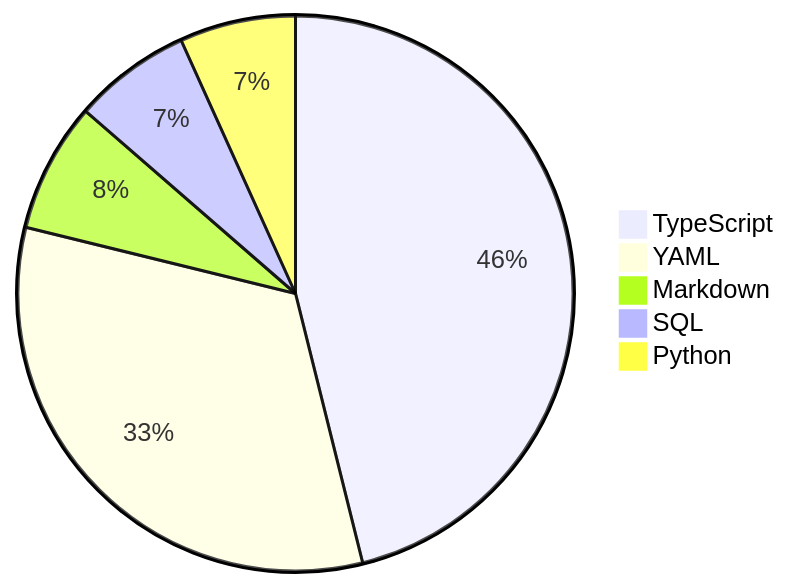
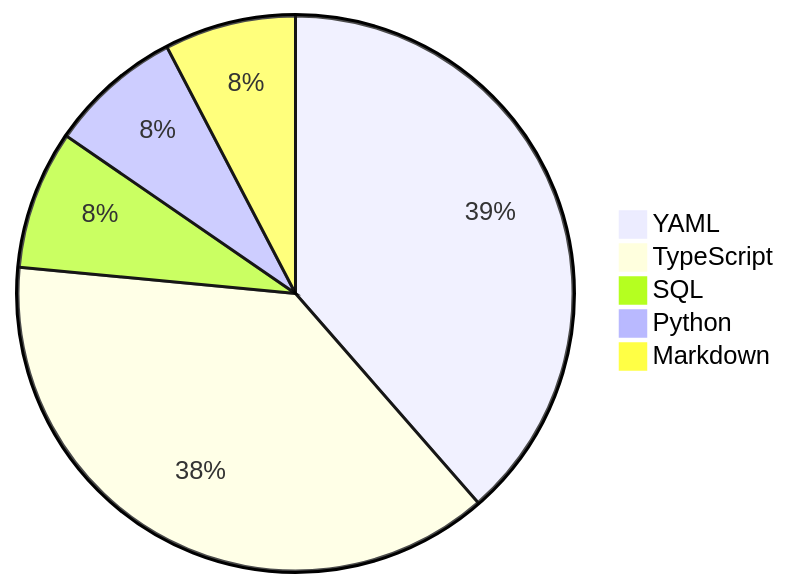
One commit to skvggor/skvggor changed the diagram in README.md. Above: the diagram before and after it, drawn with Mermaid.

Commit message:
Updated waka-readme graph with new metrics

````diff
--- a/README.md
+++ b/README.md
@@ -16,8 +16,8 @@
 ```mermaid
 pie
-    "TypeScript" : 40.3
-    "YAML" : 28.6
-    "Markdown" : 6.6
-    "SQL" : 6.0
-    "Python" : 5.9
+    "YAML" : 35.8
+    "TypeScript" : 35.2
+    "SQL" : 7.5
+    "Python" : 7.2
+    "Markdown" : 7.1
 ```
````
